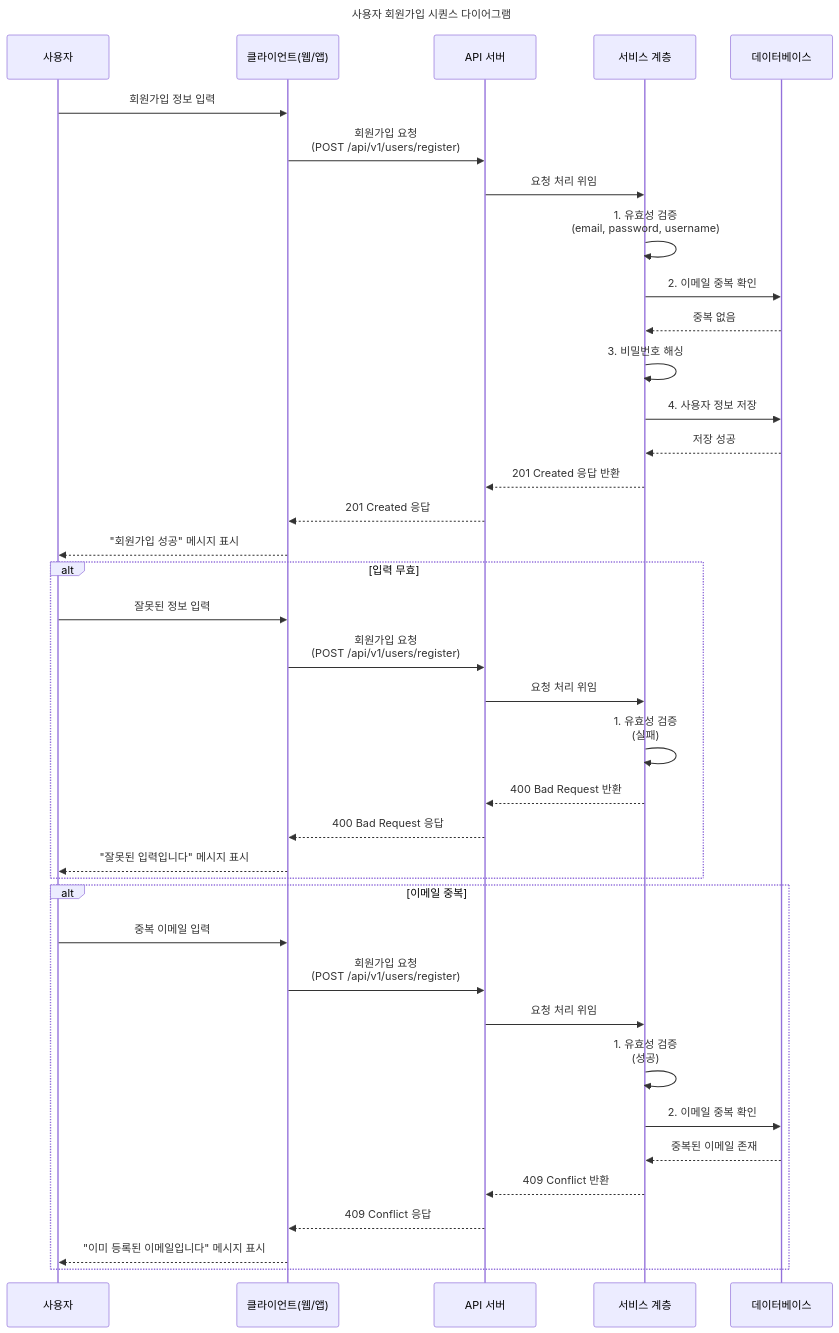
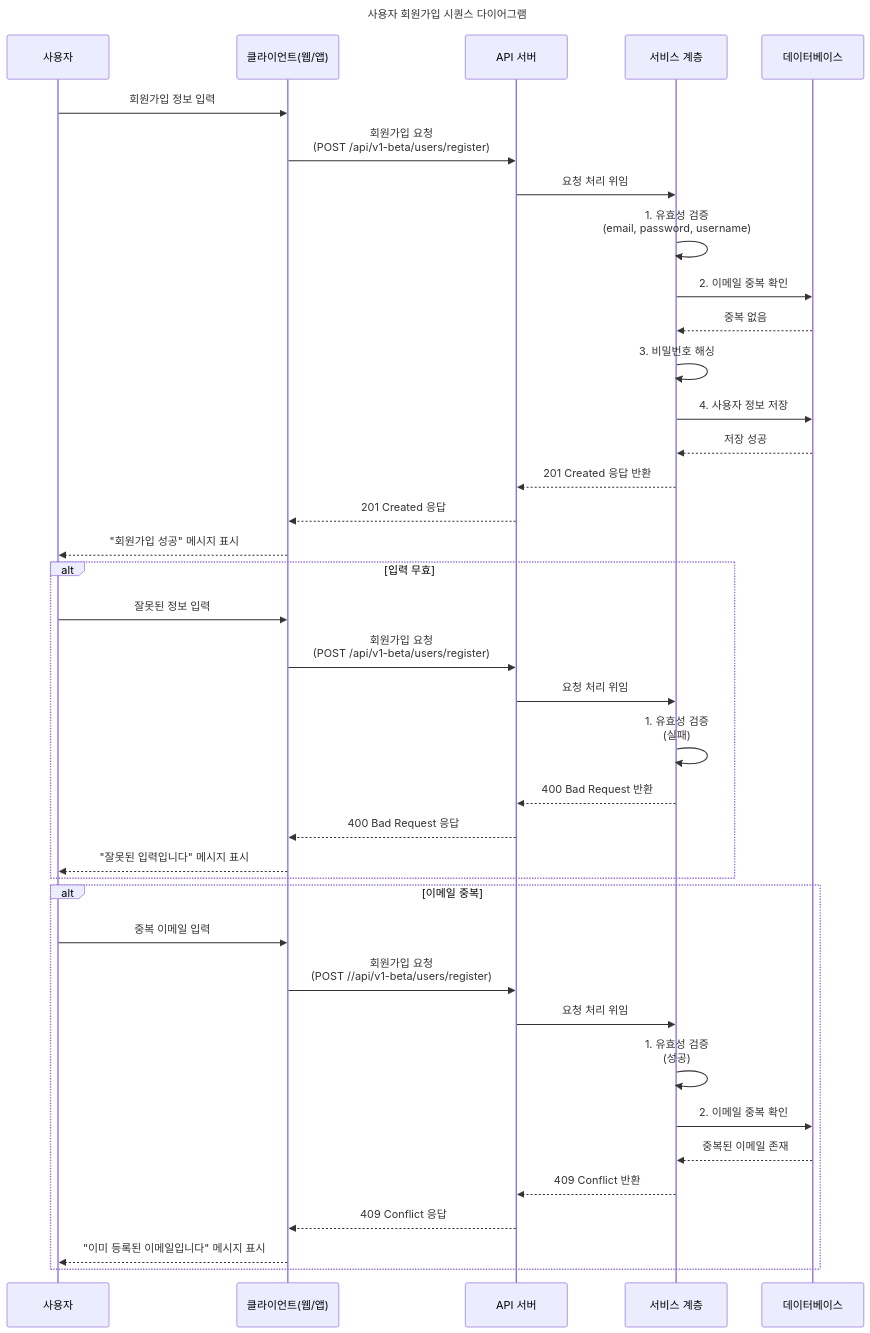
Before and after one commit to seonghun120614/seonghun120614: the seventh of 8 diagrams in _posts/Java/Spring/2025-07-30-project.-user-function-mvp.md, drawn with Mermaid. The commit also changed other lines of this file and 1 other file, not shown here.

````diff
--- a/_posts/Java/Spring/2025-07-30-project.-user-function-mvp.md
+++ b/_posts/Java/Spring/2025-07-30-project.-user-function-mvp.md
@@ -511,51 +509,51 @@
 ```mermaid
 sequenceDiagram
     participant User as 사용자
     participant Client as 클라이언트(웹/앱)
     participant APIServer as API 서버
     participant Service as 서비스 계층
     participant Database as 데이터베이스
 
     Title: 사용자 회원가입 시퀀스 다이어그램
 
     %% 성공 흐름
     User->>Client: 회원가입 정보 입력
-    Client->>APIServer: 회원가입 요청<br/>(POST /api/v1/users/register)
+    Client->>APIServer: 회원가입 요청<br/>(POST /api/v1-beta/users/register)
 
     APIServer->>Service: 요청 처리 위임
     Service->>Service: 1. 유효성 검증<br/>(email, password, username)
     Service->>Database: 2. 이메일 중복 확인
     Database-->>Service: 중복 없음
 
     Service->>Service: 3. 비밀번호 해싱
     Service->>Database: 4. 사용자 정보 저장
     Database-->>Service: 저장 성공
 
     Service-->>APIServer: 201 Created 응답 반환
     APIServer-->>Client: 201 Created 응답
     Client-->>User: "회원가입 성공" 메시지 표시
 
     %% 입력 무효 실패 흐름
     alt 입력 무효
         User->>Client: 잘못된 정보 입력
-        Client->>APIServer: 회원가입 요청<br/>(POST /api/v1/users/register)
+        Client->>APIServer: 회원가입 요청<br/>(POST /api/v1-beta/users/register)
         APIServer->>Service: 요청 처리 위임
         Service->>Service: 1. 유효성 검증<br/>(실패)
         Service-->>APIServer: 400 Bad Request 반환
         APIServer-->>Client: 400 Bad Request 응답
         Client-->>User: "잘못된 입력입니다" 메시지 표시
     end
 
     %% 이메일 중복 실패 흐름
     alt 이메일 중복
         User->>Client: 중복 이메일 입력
-        Client->>APIServer: 회원가입 요청<br/>(POST /api/v1/users/register)
+        Client->>APIServer: 회원가입 요청<br/>(POST //api/v1-beta/users/register)
         APIServer->>Service: 요청 처리 위임
         Service->>Service: 1. 유효성 검증<br/>(성공)
         Service->>Database: 2. 이메일 중복 확인
         Database-->>Service: 중복된 이메일 존재
         Service-->>APIServer: 409 Conflict 반환
         APIServer-->>Client: 409 Conflict 응답
         Client-->>User: "이미 등록된 이메일입니다" 메시지 표시
     end
 ```
````
